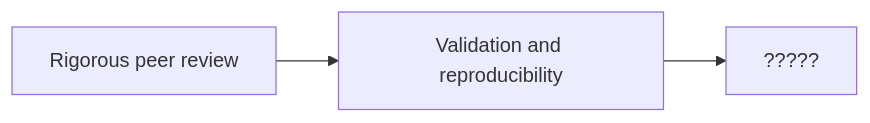
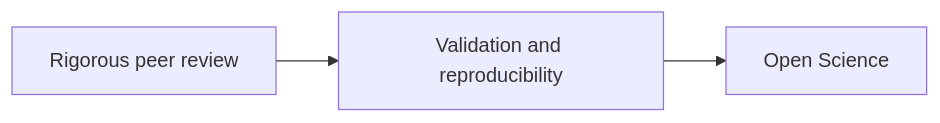
The second of 3 diagrams in RDM_DepositingData.qmd (Alliance-RDM-GDR/CUR_Res_DepositingData), drawn with Mermaid before and after one commit. The commit also changed other lines of this file and 89 other files, not shown here.

````diff
--- a/RDM_DepositingData.qmd
+++ b/RDM_DepositingData.qmd
@@ -91,7 +94,7 @@
 ```{mermaid}
 %%| fig-width: 10
 %%| fig-height: 9
 
 flowchart LR
-  A[Rigorous peer review] --> B[Validation and reproducibility] --> C[?????]
+  A[Rigorous peer review] --> B[Validation and reproducibility] --> C[Open Science]
 ```
````
